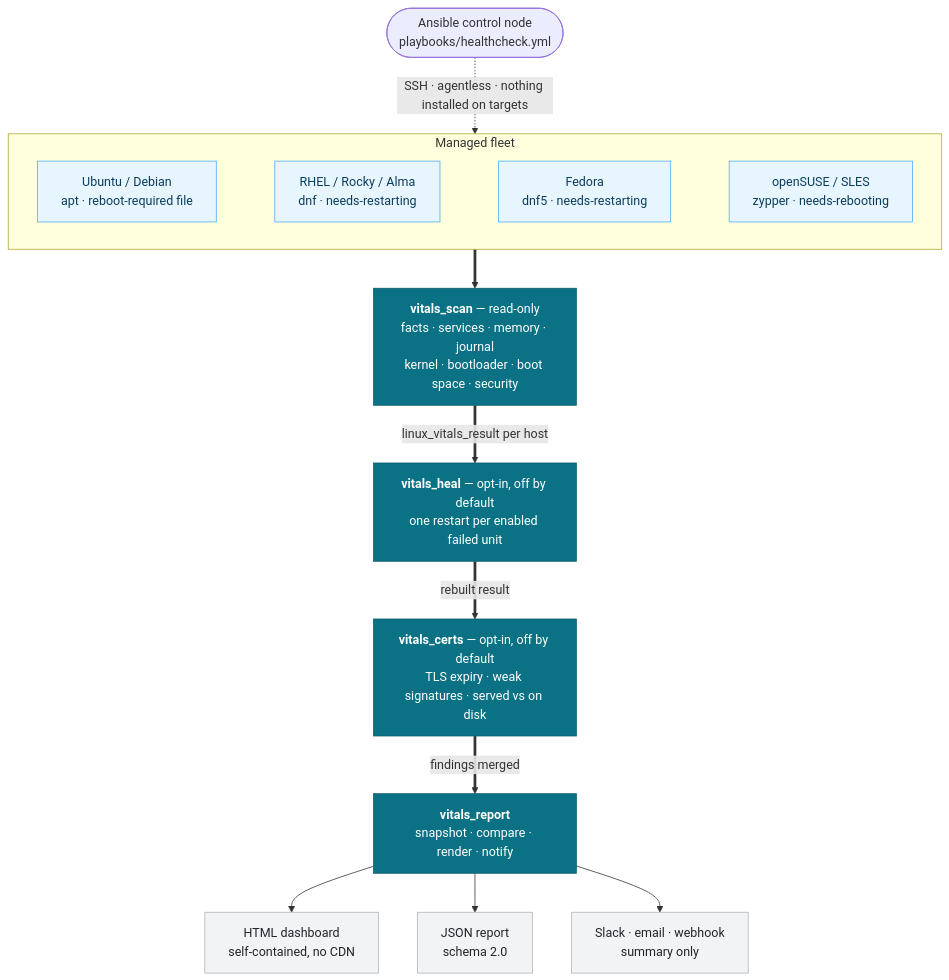
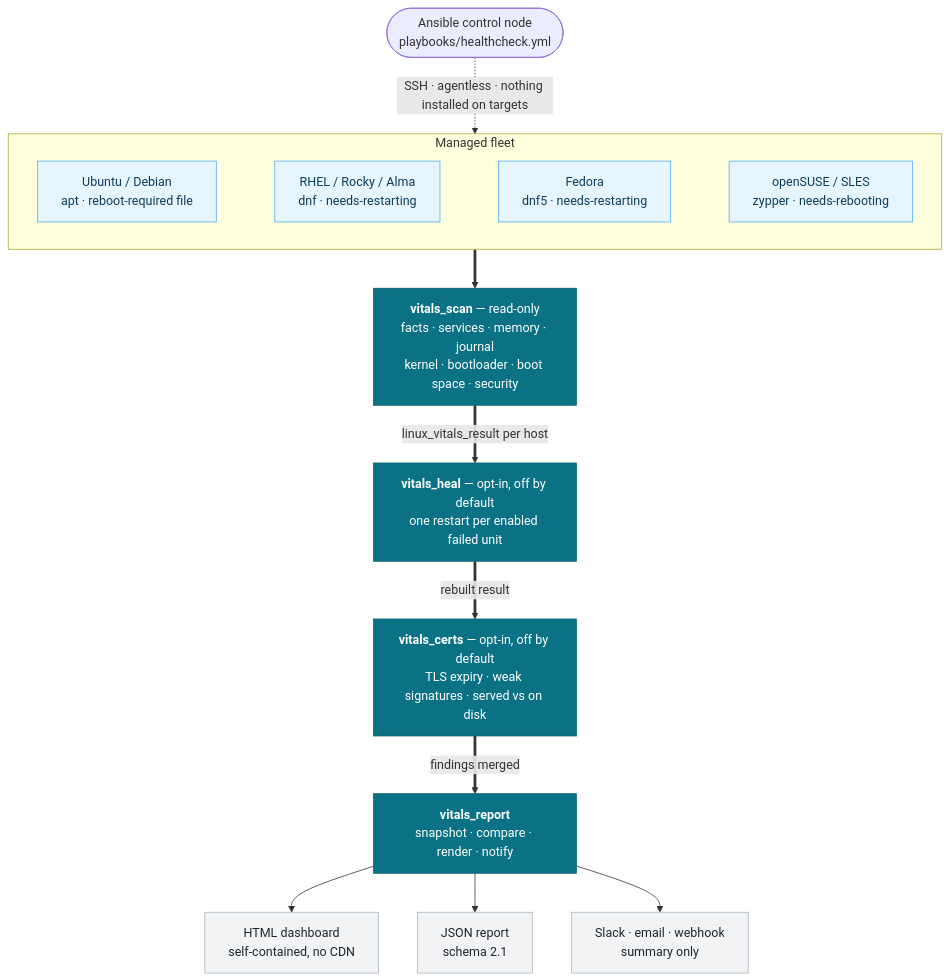
Before and after one commit to sameeralam3127/linux-vitals: the diagram in README.md, drawn with Mermaid. The commit also changed other lines of this file and 1 other file, not shown here.

````diff
--- a/README.md
+++ b/README.md
@@ -315,37 +320,37 @@
 ```mermaid
 flowchart TB
     CN(["Ansible control node<br/>playbooks/healthcheck.yml"])
 
     CN -. "SSH · agentless · nothing installed on targets" .-> FLEET
 
     subgraph FLEET["Managed fleet"]
         direction LR
         U["Ubuntu / Debian<br/>apt · reboot-required file"]
         R["RHEL / Rocky / Alma<br/>dnf · needs-restarting"]
         F["Fedora<br/>dnf5 · needs-restarting"]
         S["openSUSE / SLES<br/>zypper · needs-rebooting"]
         U ~~~ R ~~~ F ~~~ S
     end
 
     FLEET ==> SCAN
 
     SCAN["<b>vitals_scan</b> — read-only<br/>facts · services · memory · journal<br/>kernel · bootloader · boot space · security"]
     HEAL["<b>vitals_heal</b> — opt-in, off by default<br/>one restart per enabled failed unit"]
     CERTS["<b>vitals_certs</b> — opt-in, off by default<br/>TLS expiry · weak signatures · served vs on disk"]
     REPORT["<b>vitals_report</b><br/>snapshot · compare · render · notify"]
 
     SCAN ==>|"linux_vitals_result per host"| HEAL
     HEAL ==>|"rebuilt result"| CERTS
     CERTS ==>|"findings merged"| REPORT
 
     REPORT --> HTML["HTML dashboard<br/>self-contained, no CDN"]
-    REPORT --> JSON["JSON report<br/>schema 2.0"]
+    REPORT --> JSON["JSON report<br/>schema 2.1"]
     REPORT --> NOTIFY["Slack · email · webhook<br/>summary only"]
 
     classDef stage fill:#0b7285,stroke:#095c6b,color:#ffffff
     classDef out fill:#f1f3f5,stroke:#adb5bd,color:#212529
     classDef host fill:#e7f5ff,stroke:#4dabf7,color:#0b3d5c
     class SCAN,HEAL,CERTS,REPORT stage
     class HTML,JSON,NOTIFY out
     class U,R,F,S host
 ```
````
